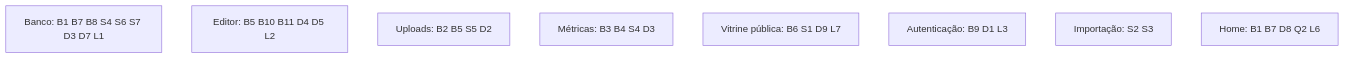
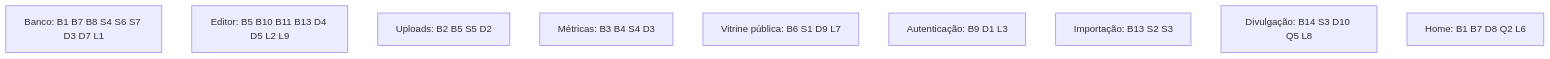
One commit to estevaons/myvitri changed the diagram in docs/divida-tecnica.md. Above: the diagram before and after it, drawn with Mermaid. The commit also changed other lines of this file and 12 other files, not shown here.

````diff
--- a/docs/divida-tecnica.md
+++ b/docs/divida-tecnica.md
@@ -86,11 +91,12 @@
 ```mermaid
 graph TD
     DB["Banco: B1 B7 B8 S4 S6 S7 D3 D7 L1"]
-    ED["Editor: B5 B10 B11 D4 D5 L2"]
+    ED["Editor: B5 B10 B11 B13 D4 D5 L2 L9"]
     UP["Uploads: B2 B5 S5 D2"]
     MET["Métricas: B3 B4 S4 D3"]
     VP["Vitrine pública: B6 S1 D9 L7"]
     AUTH["Autenticação: B9 D1 L3"]
-    IMP["Importação: S2 S3"]
+    IMP["Importação: B13 S2 S3"]
+    DIV["Divulgação: B14 S3 D10 Q5 L8"]
     HOME["Home: B1 B7 D8 Q2 L6"]
 ```
````
